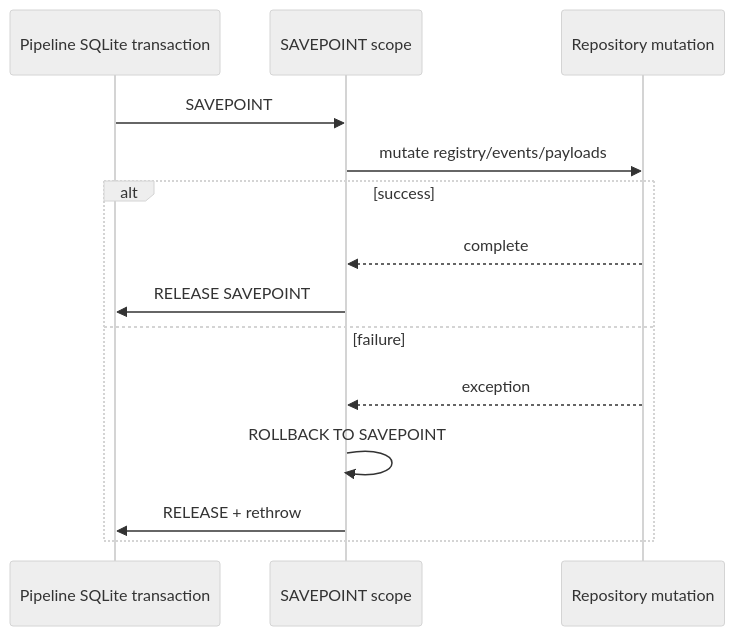
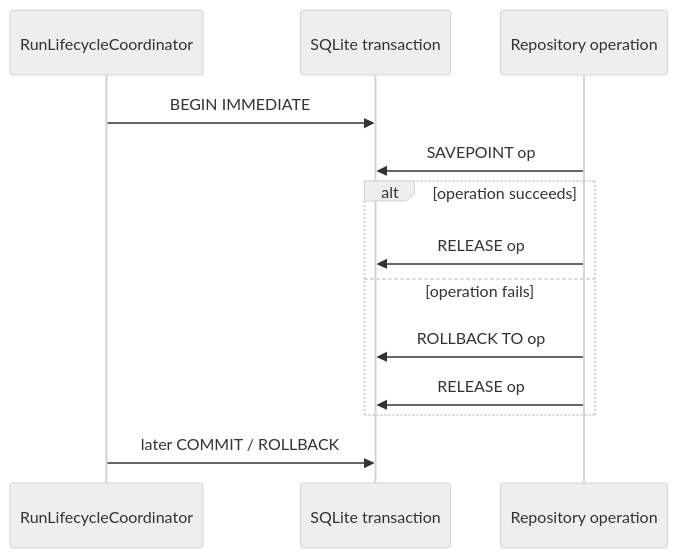
The sixth of 6 diagrams in docs/architecture/control-plane-artifact-lifecycle.md (tks18/personal-finance-etl), drawn with Mermaid (neutral theme) before and after one commit. The commit also changed other lines of this file and 10 other files, not shown here.

Commit message:
docs: update docs/architecture for latest version

````diff
--- a/docs/architecture/control-plane-artifact-lifecycle.md
+++ b/docs/architecture/control-plane-artifact-lifecycle.md
@@ -320,17 +424,16 @@
 ```mermaid
 sequenceDiagram
-    participant P as Pipeline SQLite transaction
-    participant S as SAVEPOINT scope
-    participant R as Repository mutation
+    participant L as RunLifecycleCoordinator
+    participant DB as SQLite transaction
+    participant R as Repository operation
 
-    P->>S: SAVEPOINT
-    S->>R: mutate registry/events/payloads
-    alt success
-        R-->>S: complete
-        S->>P: RELEASE SAVEPOINT
-    else failure
-        R-->>S: exception
-        S->>S: ROLLBACK TO SAVEPOINT
-        S->>P: RELEASE + rethrow
+    L->>DB: BEGIN IMMEDIATE
+    R->>DB: SAVEPOINT op
+    alt operation succeeds
+        R->>DB: RELEASE op
+    else operation fails
+        R->>DB: ROLLBACK TO op
+        R->>DB: RELEASE op
     end
+    L->>DB: later COMMIT / ROLLBACK
 ```
````
